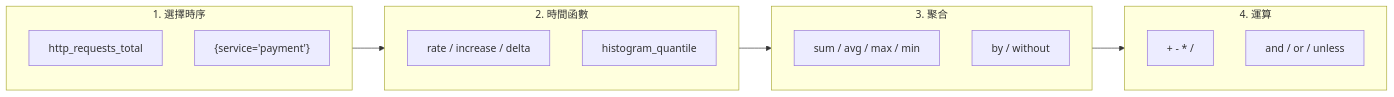
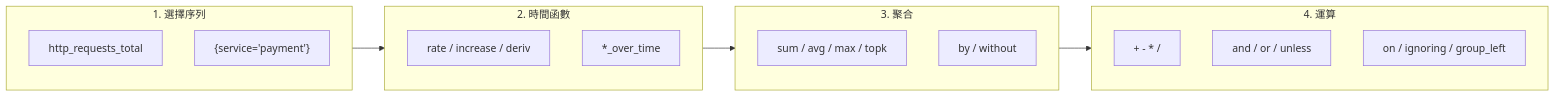
Before and after one commit to chihhung/Blog: diagram 11 of 28 in content/posts/教學/工具/Metrics Visualization 教學手冊.md, drawn with Mermaid. The commit also changed other lines of this file and 8 other files, not shown here.

````diff
--- a/content/posts/教學/工具/Metrics Visualization 教學手冊.md
+++ b/content/posts/教學/工具/Metrics Visualization 教學手冊.md
@@ -704,24 +1215,25 @@
 ```mermaid
 flowchart LR
-    subgraph Step1["1. 選擇時序"]
-        S1[http_requests_total]
+    subgraph Step1["1. 選擇序列"]
+        S1["http_requests_total"]
         S2["{service='payment'}"]
     end
-    
+
     subgraph Step2["2. 時間函數"]
-        F1[rate / increase / delta]
-        F2[histogram_quantile]
+        F1["rate / increase / deriv"]
+        F2["*_over_time"]
     end
-    
+
     subgraph Step3["3. 聚合"]
-        A1[sum / avg / max / min]
-        A2[by / without]
+        A1["sum / avg / max / topk"]
+        A2["by / without"]
     end
-    
+
     subgraph Step4["4. 運算"]
-        O1[+ - * /]
-        O2[and / or / unless]
+        O1["+ - * /"]
+        O2["and / or / unless"]
+        O3["on / ignoring / group_left"]
     end
-    
+
     Step1 --> Step2 --> Step3 --> Step4
 ```
````
